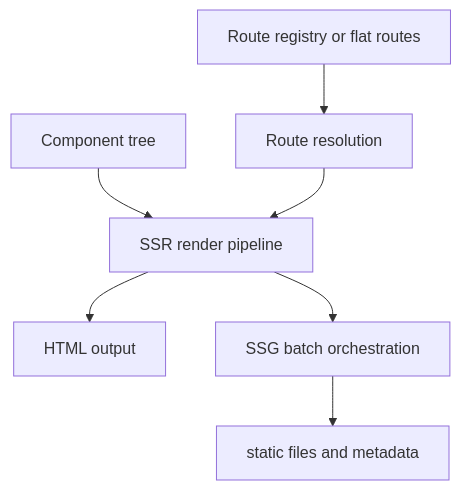
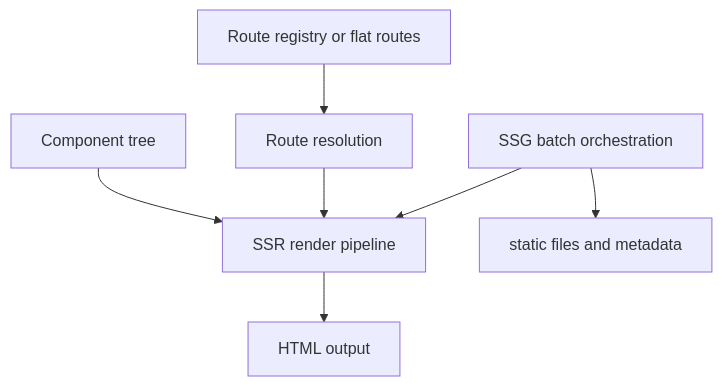
One commit to askrjs/askr changed the first of 7 diagrams in docs/internals/ssr-ssg-pipeline.md. Above: the diagram before and after it, drawn with Mermaid. The commit also changed other lines of this file and 154 other files, not shown here.

First line of the commit message:
Add direct audit coverage for architecture cleanup (#54)

````diff
--- a/docs/internals/ssr-ssg-pipeline.md
+++ b/docs/internals/ssr-ssg-pipeline.md
@@ -10,17 +10,17 @@
 ```mermaid
 flowchart TB
   routes[Route registry or flat routes]
   components[Component tree]
   routeResolve[Route resolution]
   ssrRender[SSR render pipeline]
   html[HTML output]
   ssgBatch[SSG batch orchestration]
   files[static files and metadata]
 
   routes --> routeResolve
   components --> ssrRender
   routeResolve --> ssrRender
   ssrRender --> html
-  ssrRender --> ssgBatch
+  ssgBatch --> ssrRender
   ssgBatch --> files
 ```
````
